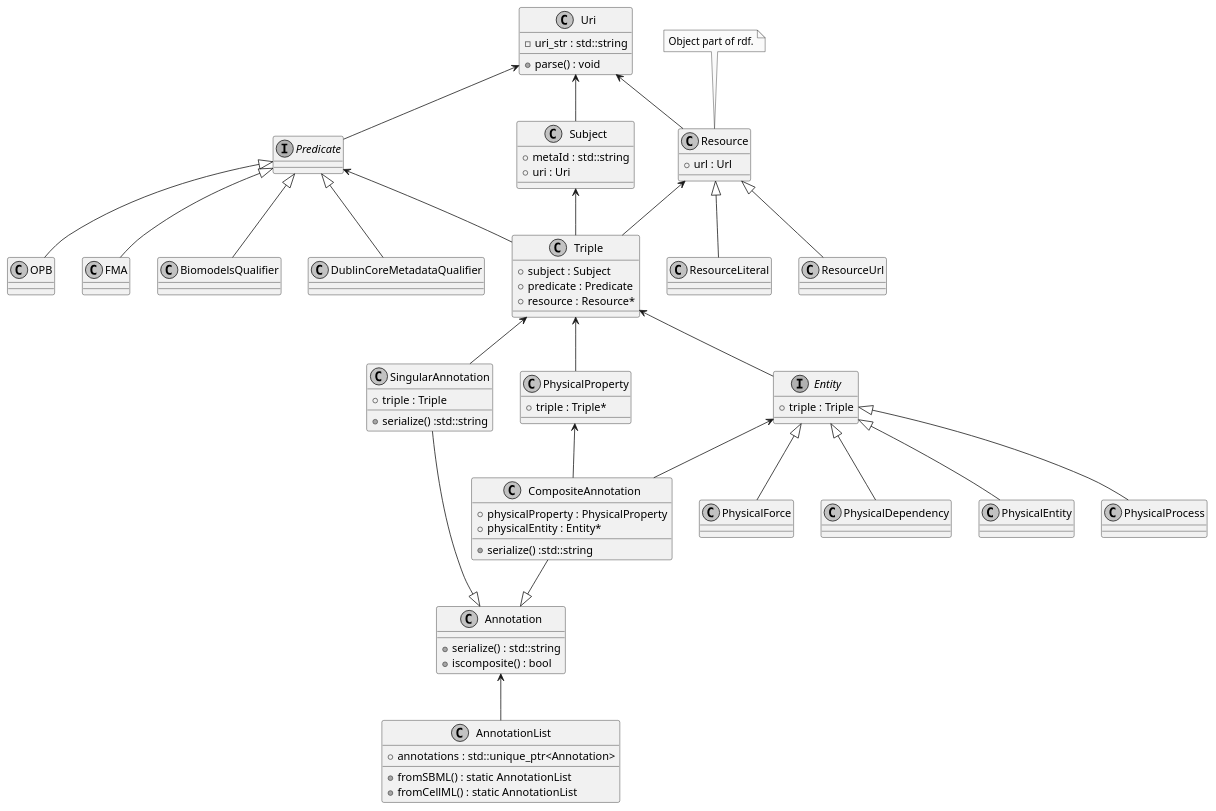
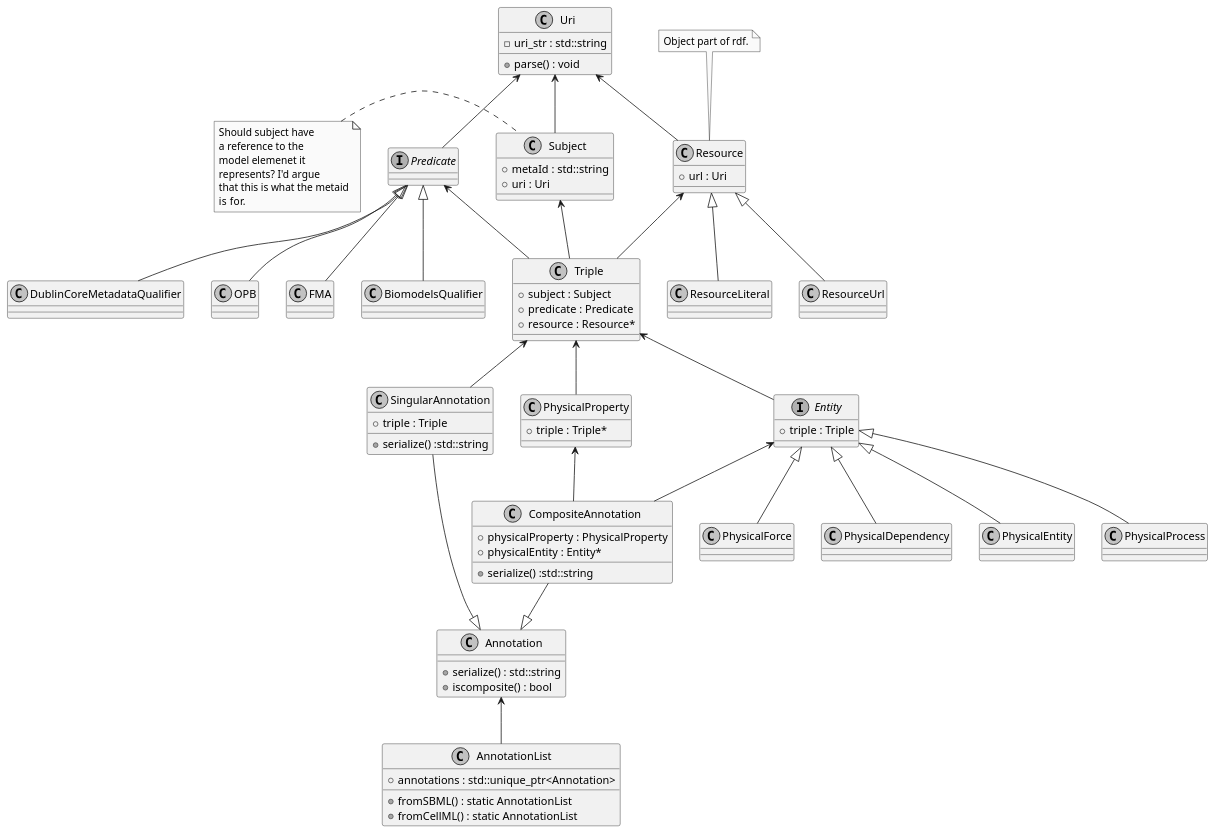
Before and after one commit to sys-bio/libOmexMeta: the diagram in Design/CiaransDesign.puml, drawn with PlantUML.

Commit message:
Slight modification

```diff
--- a/Design/CiaransDesign.puml
+++ b/Design/CiaransDesign.puml
@@ -1,156 +1,163 @@
 @startuml
 skinparam monochrome true
 
 'Base class for all annotations
 class Annotation {
     + serialize() : std::string
     + iscomposite() : bool
 }
 'Q) Conceptually, could we use an isa relationshop between singular annotation and Triple?
 
 'Should these be strings??
 'each attribute here should themselves be an annotation unit?
 'class ModelLevelAnnotation {
 '    + pubmedID : Triple
 '    + author : Triple
 '    + description : Triple
 '}
 '
 'Triple <-- ModelLevelAnnotation
 'SingularAnnotation <|-- ModelLevelAnnotation
 
 class SingularAnnotation {
     + triple : Triple
     + serialize() :std::string
 }
 
 'Not sure what type the physicalEntity / physicalProperty should have.
 'Not sure what the physicalEntity should be called.
 'From section 2.27 of omex metadata spec: physical entity, process, force or dependency that bears the physical property.
 class CompositeAnnotation {
     + physicalProperty : PhysicalProperty
     + physicalEntity : Entity*
     + serialize() :std::string
 }
 
 SingularAnnotation --|> Annotation
 CompositeAnnotation --|> Annotation
 Triple <-- SingularAnnotation
 
 
 'Its possible this may serve as feedback for Max's document. The way its currently
 'structured, leads us to think model level, semantic, non-semantic and composite
 'annotations are separate types of annotation. Is this the case? Or are model level
 'annotations also singular/composite annotations? From this document, the relationship
 'between these types of annotation are not completly clear
 
 'AnnotationBase <|-- SingularAnnotation
 'AnnotationBase <|-- CompositeAnnotation
 
 'Should there be some kind of interface to the identifiers.org website?
 class Uri {
     - uri_str : std::string
     + parse() : void
 }
 
-
 class Subject {
     + metaId : std::string
     + uri : Uri
 }
+note left of Subject
+    Should subject have
+    a reference to the
+    model elemenet it
+    represents? I'd argue
+    that this is what the metaid
+    is for.
+end note
 
 interface Predicate {}
 
 class Resource {
-    + url : Url
+    + url : Uri
 }
 
 class ResourceUrl {}
 
 class ResourceLiteral {}
 
 Resource <|-- ResourceUrl
 Resource <|-- ResourceLiteral
 
 note top of Resource
     Object part of rdf.
 end note
 
 
 class Triple {
     + subject : Subject
     + predicate : Predicate
     + resource : Resource*
 }
 
 Subject <-- Triple
 Predicate <-- Triple
 Resource <-- Triple
 
 
 Uri <-- Subject
 Uri <-- Predicate
 Uri <-- Resource
 
 'Triple <-- AnnotationBase
 
 class BiomodelsQualifier {
 
 }
 
 class DublinCoreMetadataQualifier {
 
 }
 
 class OPB {
 
 }
 
 class FMA {
 
 }
 
 Predicate <|-- BiomodelsQualifier
 Predicate <|-- DublinCoreMetadataQualifier
 Predicate <|-- OPB
 Predicate <|-- FMA
 
 
 
 class PhysicalProperty {
     + triple : Triple*
 }
 Triple <-- PhysicalProperty
 
 interface Entity {
     + triple : Triple
 }
 Triple <-- Entity
 
 class PhysicalEntity {}
 class PhysicalProcess {}
 class PhysicalForce {}
 class PhysicalDependency {}
 
 Entity <|-- PhysicalEntity
 Entity <|-- PhysicalProcess
 Entity <|-- PhysicalForce
 Entity <|-- PhysicalDependency
 
 Entity <-- CompositeAnnotation
 PhysicalProperty <-- CompositeAnnotation
 
 
 class AnnotationList {
     + annotations : std::unique_ptr<Annotation>
     + fromSBML() : static AnnotationList
     + fromCellML() : static AnnotationList
 }
 
 Annotation <-- AnnotationList
 
 
 
 
 
 @enduml
```
